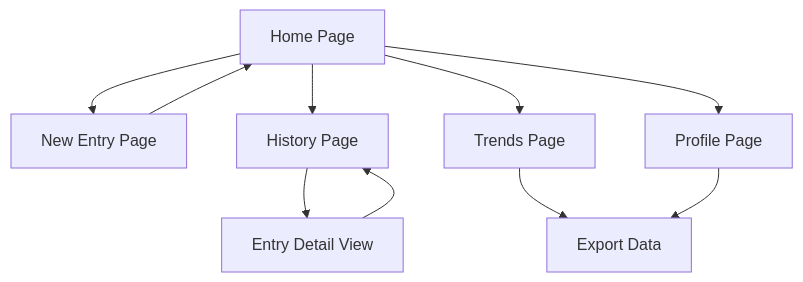
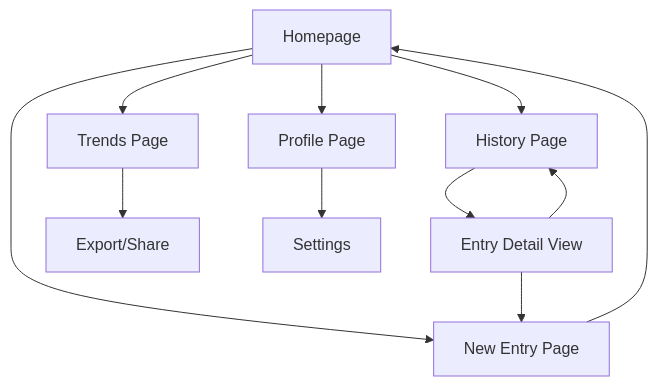
One commit to kafkasder2017/new-panel changed the diagram in .trae/documents/mood-journal-prd.md. Above: the diagram before and after it, drawn with Mermaid. The commit also changed other lines of this file and 120 other files, not shown here.

````diff
--- a/.trae/documents/mood-journal-prd.md
+++ b/.trae/documents/mood-journal-prd.md
@@ -54,12 +51,13 @@
 ```mermaid
 graph TD
-  A[Home Page] --> B[New Entry Page]
+  A[Homepage] --> B[New Entry Page]
   A --> C[History Page]
   A --> D[Trends Page]
   A --> E[Profile Page]
   B --> A
   C --> F[Entry Detail View]
+  F --> B
   F --> C
-  D --> G[Export Data]
-  E --> G
+  D --> G[Export/Share]
+  E --> H[Settings]
 ```
````
